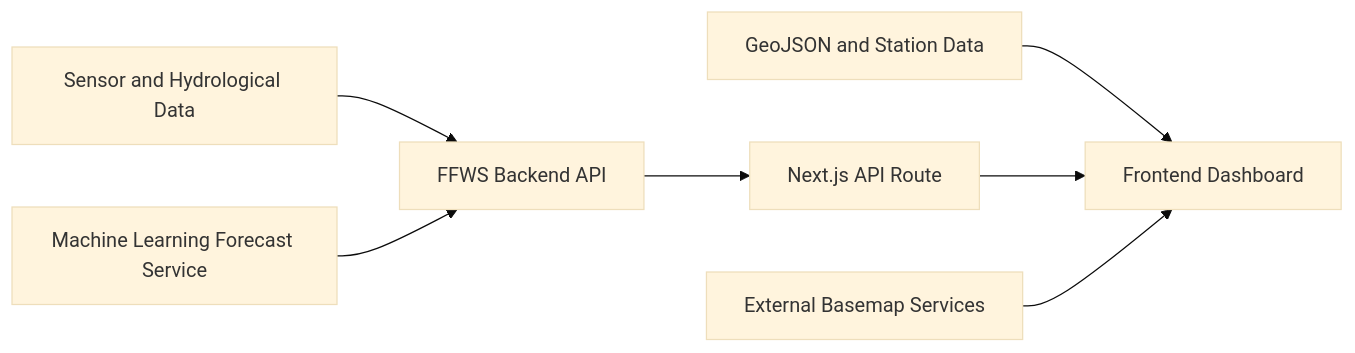
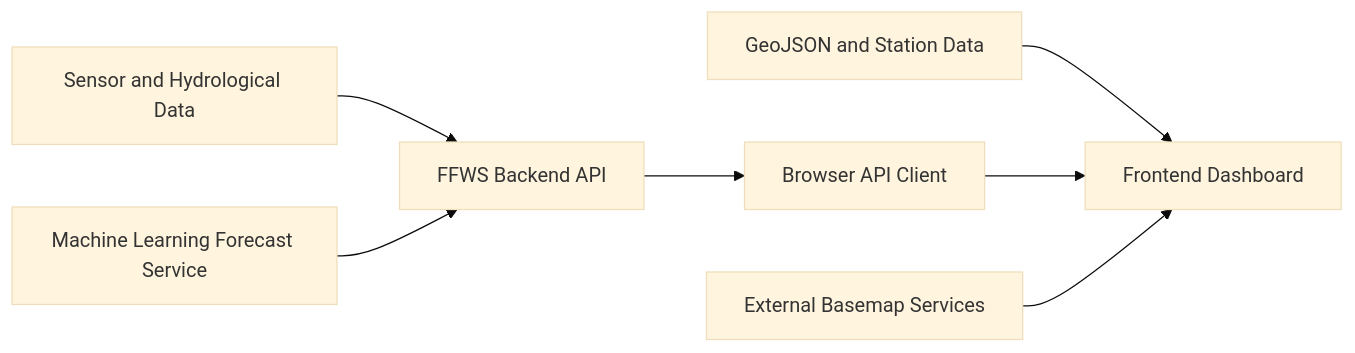
The diagram in README.md (SomeRandomDolphin/ffws-frontend), drawn with Mermaid (base theme) before and after one commit. The commit also changed other lines of this file and 35 other files, not shown here.

````diff
--- a/README.md
+++ b/README.md
@@ -42,9 +43,9 @@
 ```mermaid
 flowchart LR
     A[Sensor and Hydrological Data] --> B[FFWS Backend API]
     C[Machine Learning Forecast Service] --> B
-    B --> D[Next.js API Route]
+    B --> D[Browser API Client]
     E[GeoJSON and Station Data] --> F[Frontend Dashboard]
     D --> F
     G[External Basemap Services] --> F
 ```
````
